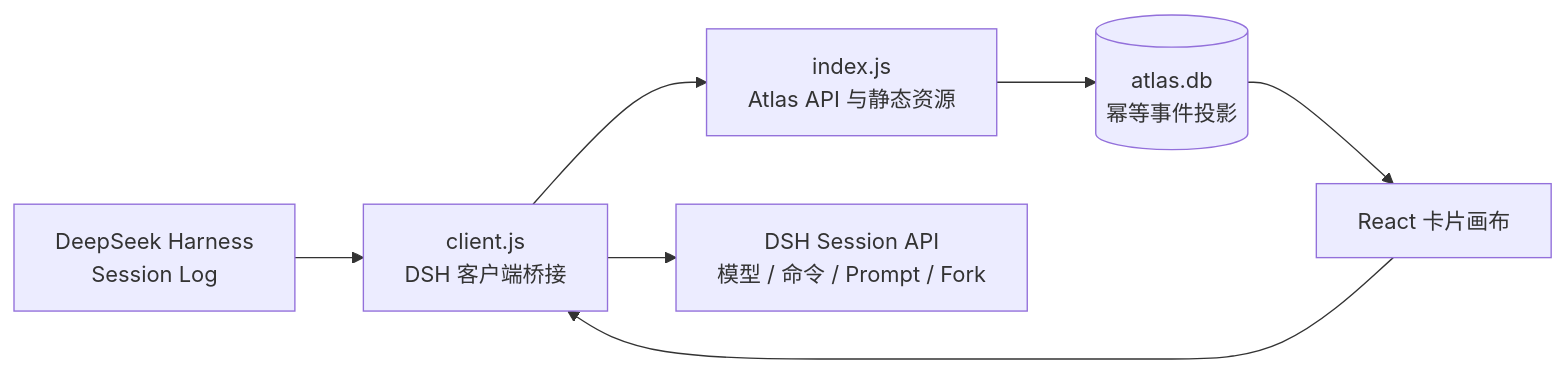
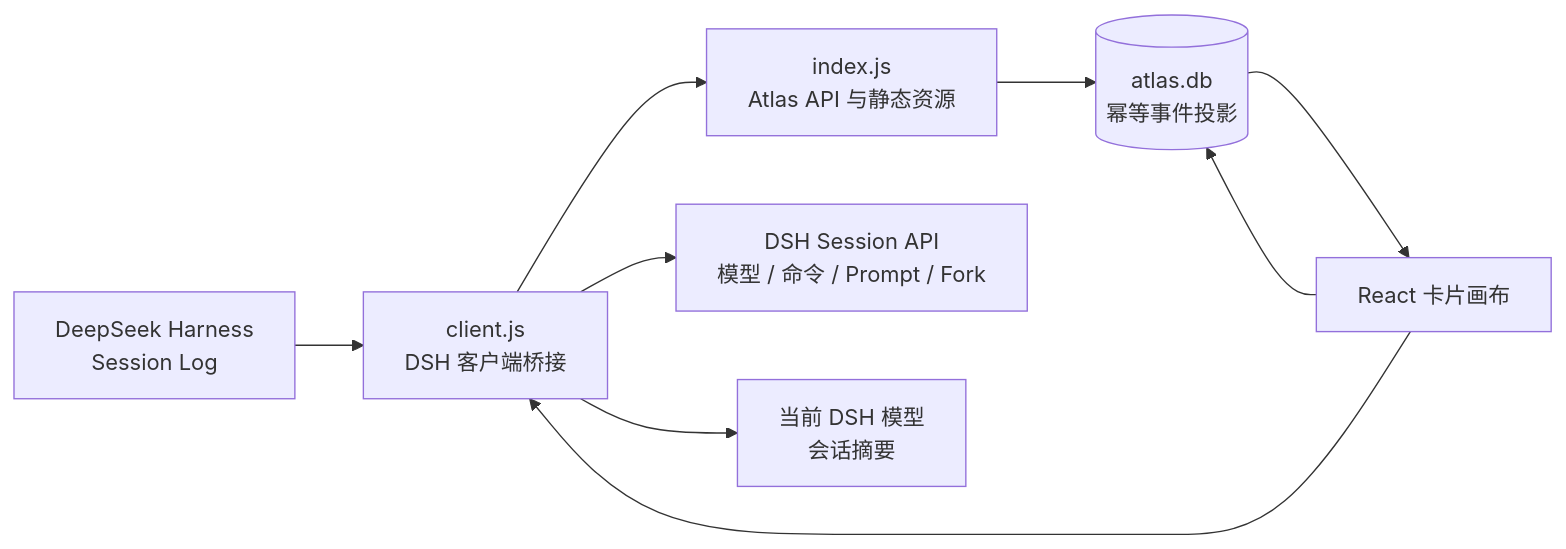
Before and after one commit to sumarilkkxx/dsh-atlas: the diagram in README.md, drawn with Mermaid. The commit also changed other lines of this file and 9 other files, not shown here.

````diff
--- a/README.md
+++ b/README.md
@@ -59,9 +60,11 @@
 ```mermaid
 flowchart LR
     DSH[DeepSeek Harness<br/>Session Log] --> Bridge[client.js<br/>DSH 客户端桥接]
     Bridge --> API[index.js<br/>Atlas API 与静态资源]
     API --> Store[(atlas.db<br/>幂等事件投影)]
     Store --> UI[React 卡片画布]
     UI --> Bridge
     Bridge --> Native[DSH Session API<br/>模型 / 命令 / Prompt / Fork]
+    Bridge --> LLM[当前 DSH 模型<br/>会话摘要]
+    UI --> Store
 ```
````
